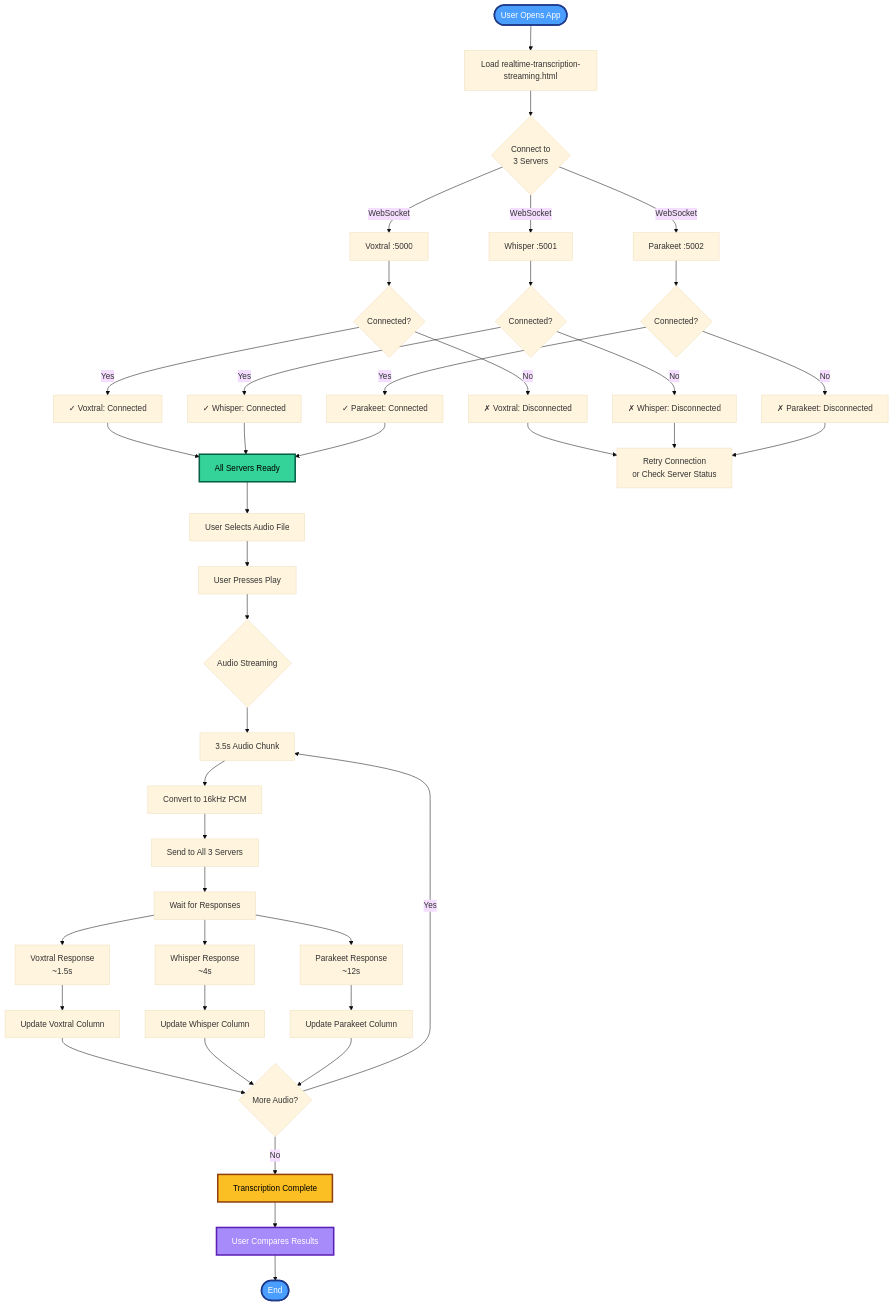
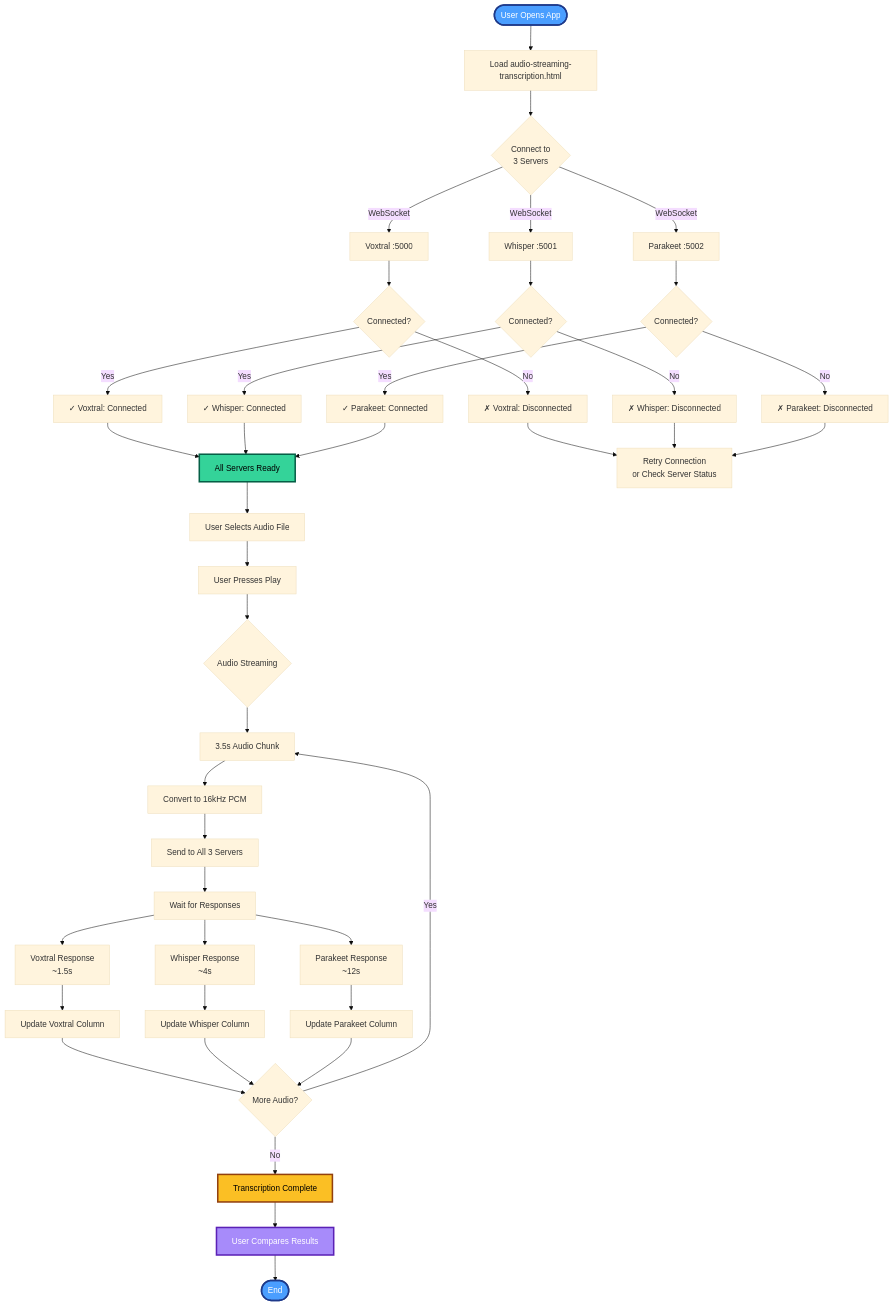
Before and after one commit to gjovanov/speech2text: the fourth of 6 diagrams in README.md, drawn with Mermaid (base theme). The commit also changed other lines of this file and 26 other files, not shown here.

````diff
--- a/README.md
+++ b/README.md
@@ -201,56 +201,56 @@
 ```mermaid
 flowchart TD
-    Start([User Opens App]) --> LoadPage[Load realtime-transcription-streaming.html]
+    Start([User Opens App]) --> LoadPage[Load audio-streaming-transcription.html]
     LoadPage --> Connect{Connect to<br/>3 Servers}
 
     Connect -->|WebSocket| Server1[Voxtral :5000]
     Connect -->|WebSocket| Server2[Whisper :5001]
     Connect -->|WebSocket| Server3[Parakeet :5002]
 
     Server1 --> Check1{Connected?}
     Server2 --> Check2{Connected?}
     Server3 --> Check3{Connected?}
 
     Check1 -->|Yes| Status1[✓ Voxtral: Connected]
     Check1 -->|No| Error1[✗ Voxtral: Disconnected]
     Check2 -->|Yes| Status2[✓ Whisper: Connected]
     Check2 -->|No| Error2[✗ Whisper: Disconnected]
     Check3 -->|Yes| Status3[✓ Parakeet: Connected]
     Check3 -->|No| Error3[✗ Parakeet: Disconnected]
 
     Status1 & Status2 & Status3 --> AllReady[All Servers Ready]
     AllReady --> SelectAudio[User Selects Audio File]
 
     SelectAudio --> Play[User Presses Play]
     Play --> Stream{Audio Streaming}
 
     Stream --> Chunk[3.5s Audio Chunk]
     Chunk --> Process[Convert to 16kHz PCM]
     Process --> SendAll[Send to All 3 Servers]
 
     SendAll --> Wait[Wait for Responses]
 
     Wait --> R1[Voxtral Response<br/>~1.5s]
     Wait --> R2[Whisper Response<br/>~4s]
     Wait --> R3[Parakeet Response<br/>~12s]
 
     R1 --> Display1[Update Voxtral Column]
     R2 --> Display2[Update Whisper Column]
     R3 --> Display3[Update Parakeet Column]
 
     Display1 & Display2 & Display3 --> Continue{More Audio?}
 
     Continue -->|Yes| Chunk
     Continue -->|No| Complete[Transcription Complete]
 
     Complete --> Compare[User Compares Results]
     Compare --> End([End])
 
     Error1 & Error2 & Error3 --> Retry[Retry Connection<br/>or Check Server Status]
 
     style Start fill:#4a9eff,stroke:#1e3a8a,stroke-width:3px,color:#fff
     style AllReady fill:#34d399,stroke:#065f46,stroke-width:3px,color:#000
     style Complete fill:#fbbf24,stroke:#92400e,stroke-width:3px,color:#000
     style Compare fill:#a78bfa,stroke:#5b21b6,stroke-width:3px,color:#fff
     style End fill:#4a9eff,stroke:#1e3a8a,stroke-width:3px,color:#fff
 ```
````
